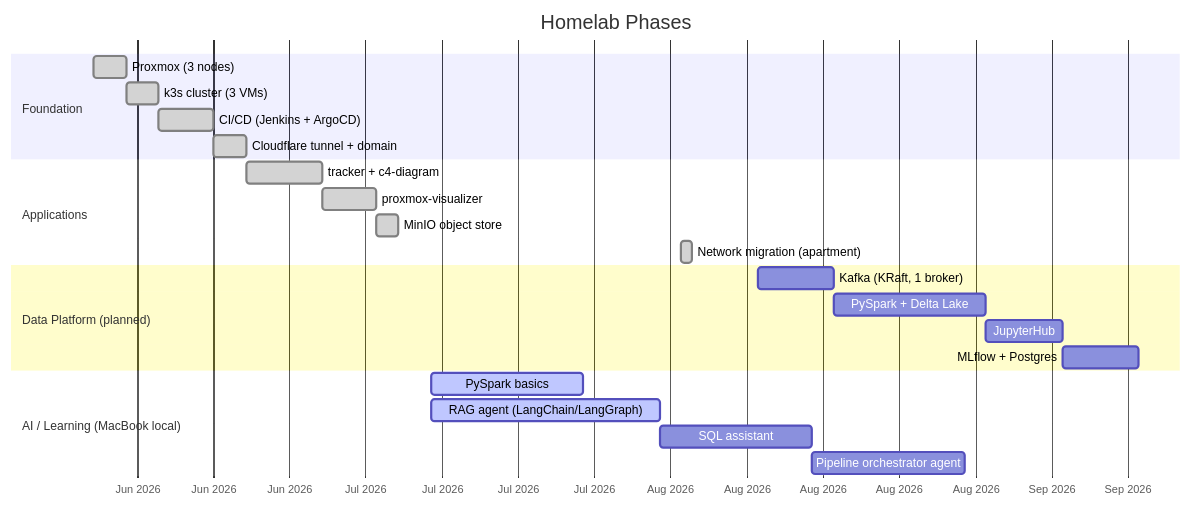
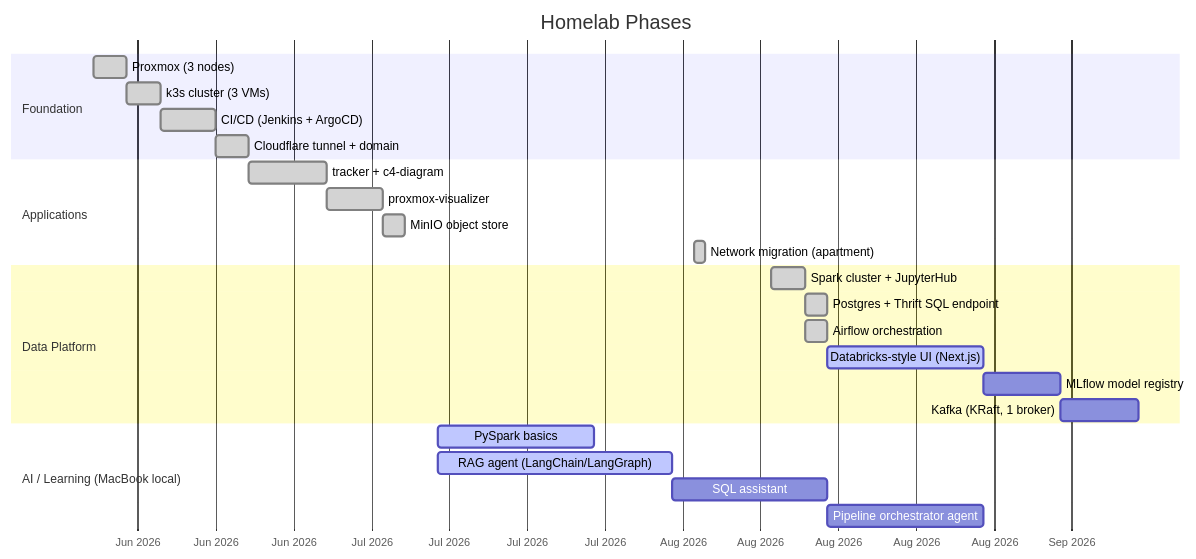
The fifth of 6 diagrams in README.md (AmanHogan/k3s-data-platform), drawn with Mermaid before and after one commit. The commit also changed other lines of this file and 11 other files, not shown here.

First line of the commit message:
feat: Phase 2 data platform — Postgres, Spark Thrift SQL endpoint, Airflow

````diff
--- a/README.md
+++ b/README.md
@@ -136,30 +147,32 @@
 ```mermaid
 gantt
     title Homelab Phases
     dateFormat YYYY-MM-DD
     axisFormat %b %Y
 
     section Foundation
     Proxmox (3 nodes)              :done, p0, 2026-06-10, 3d
     k3s cluster (3 VMs)            :done, p1, 2026-06-13, 3d
     CI/CD (Jenkins + ArgoCD)       :done, p2, 2026-06-16, 5d
     Cloudflare tunnel + domain     :done, p3, 2026-06-21, 3d
 
     section Applications
     tracker + c4-diagram           :done, p4a, 2026-06-24, 7d
     proxmox-visualizer             :done, p4b, 2026-07-01, 5d
     MinIO object store             :done, p5, 2026-07-06, 2d
     Network migration (apartment)  :done, nm, 2026-08-03, 1d
 
-    section Data Platform (planned)
-    Kafka (KRaft, 1 broker)        :p6, 2026-08-10, 7d
-    PySpark + Delta Lake           :p7, after p6, 14d
-    JupyterHub                     :p8, after p7, 7d
-    MLflow + Postgres              :p9, after p8, 7d
+    section Data Platform
+    Spark cluster + JupyterHub     :done, p6, 2026-08-10, 3d
+    Postgres + Thrift SQL endpoint :done, p7, 2026-08-13, 2d
+    Airflow orchestration          :done, p8, 2026-08-13, 2d
+    Databricks-style UI (Next.js)  :active, p9, 2026-08-15, 14d
+    MLflow model registry          :p10, after p9, 7d
+    Kafka (KRaft, 1 broker)        :p11, after p10, 7d
 
     section AI / Learning (MacBook local)
     PySpark basics                 :active, a1, 2026-07-11, 14d
     RAG agent (LangChain/LangGraph):active, a2, 2026-07-11, 21d
     SQL assistant                  :a3, after a2, 14d
     Pipeline orchestrator agent    :a4, after a3, 14d
 ```
````
